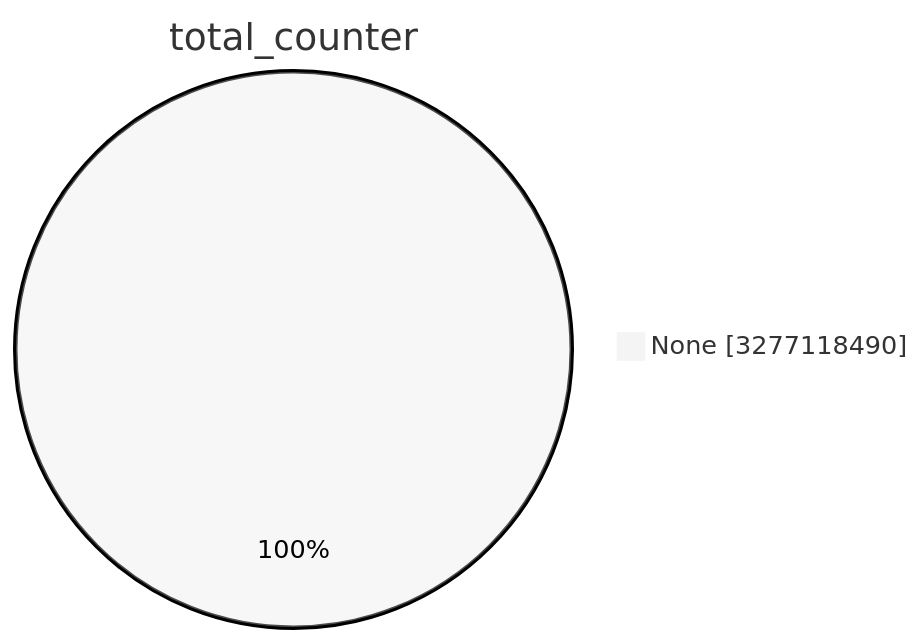
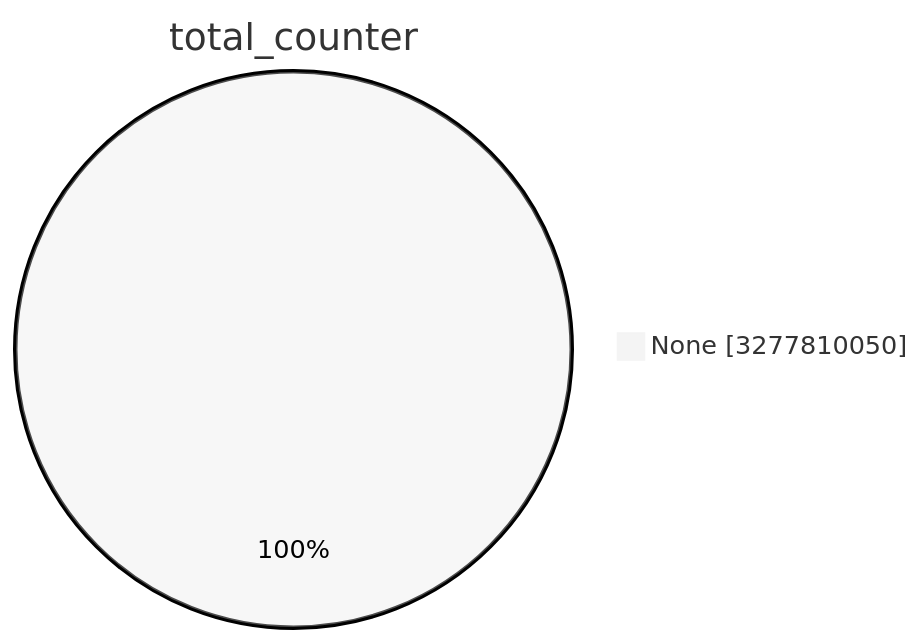
The first of 15 diagrams in TOTAL/README.md (christiankrug/ctmonitor_visualization), drawn with Mermaid (neutral theme) before and after one commit. The commit also changed other lines of this file, not shown here.

````diff
--- a/TOTAL/README.md
+++ b/TOTAL/README.md
@@ -1,5 +1,5 @@
 ```mermaid
 pie showData
 title total_counter
-"None" :3277118490
+"None" :3277810050
 ```
````
